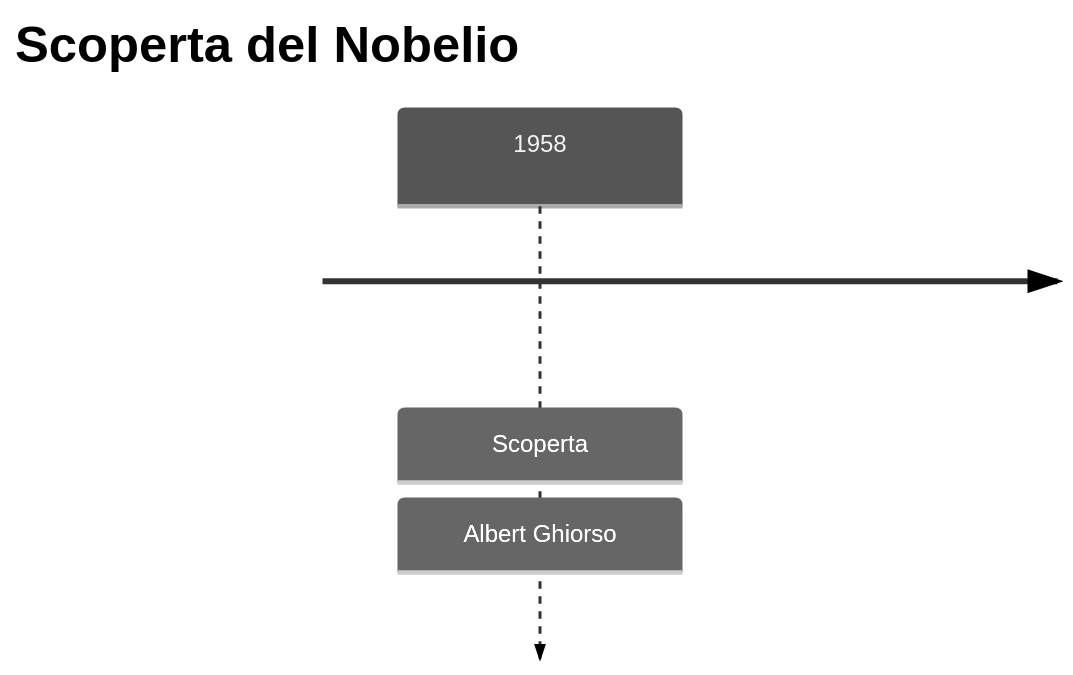
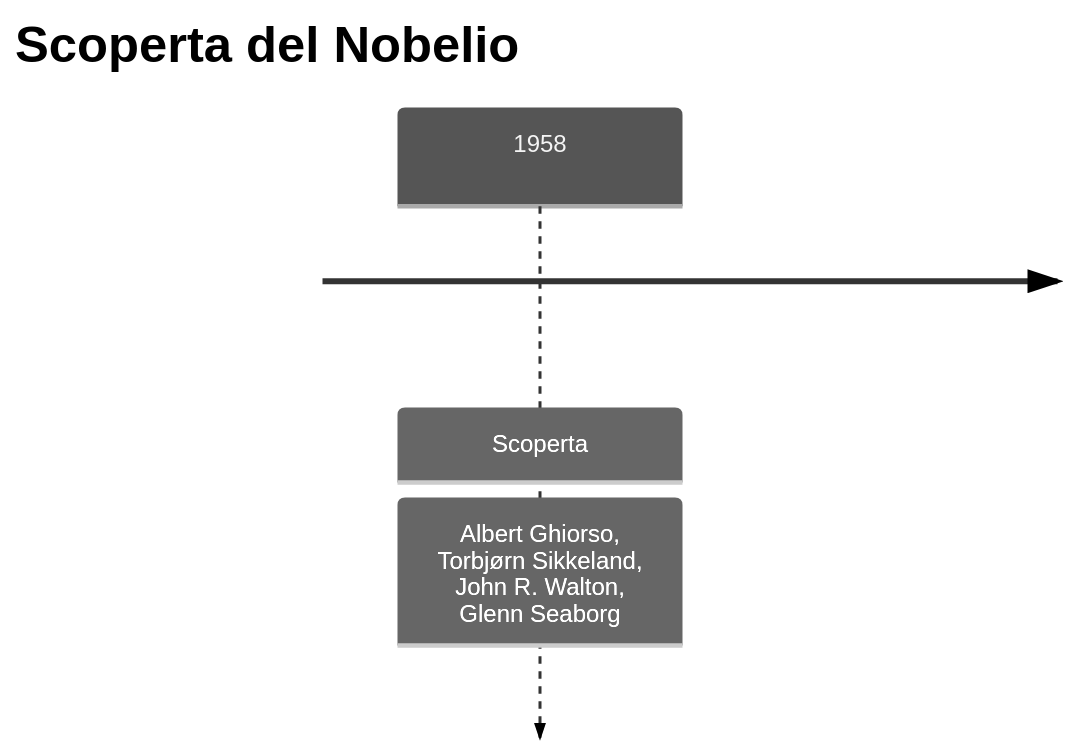
Before and after one commit to gianlucaciarcelluti/elements-caos: the first of 3 diagrams in vault/Elementi/Nobelio.md, drawn with Mermaid (neutral theme). The commit also changed other lines of this file and 6 other files, not shown here.

````diff
--- a/vault/Elementi/Nobelio.md
+++ b/vault/Elementi/Nobelio.md
@@ -28,5 +28,5 @@
 ```mermaid
 timeline
     title Scoperta del Nobelio
-    1958 : Scoperta : Albert Ghiorso
+    1958 : Scoperta : Albert Ghiorso, Torbjørn Sikkeland, John R. Walton, Glenn Seaborg
 ```
````
